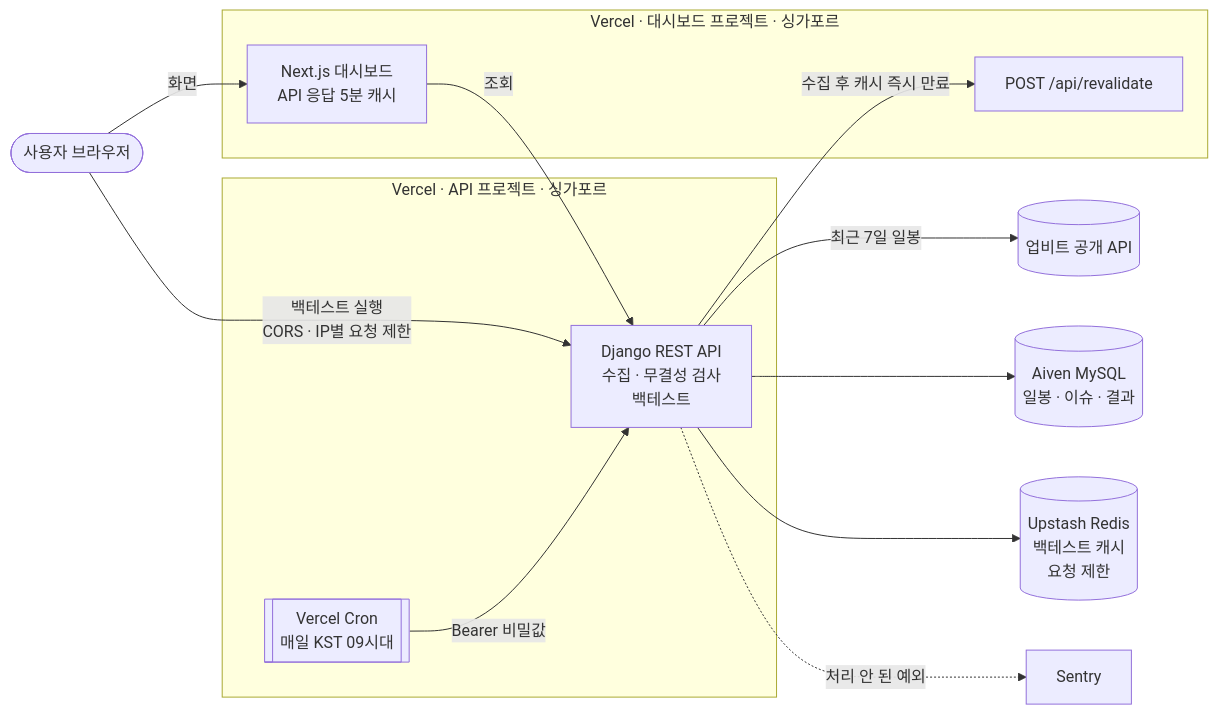
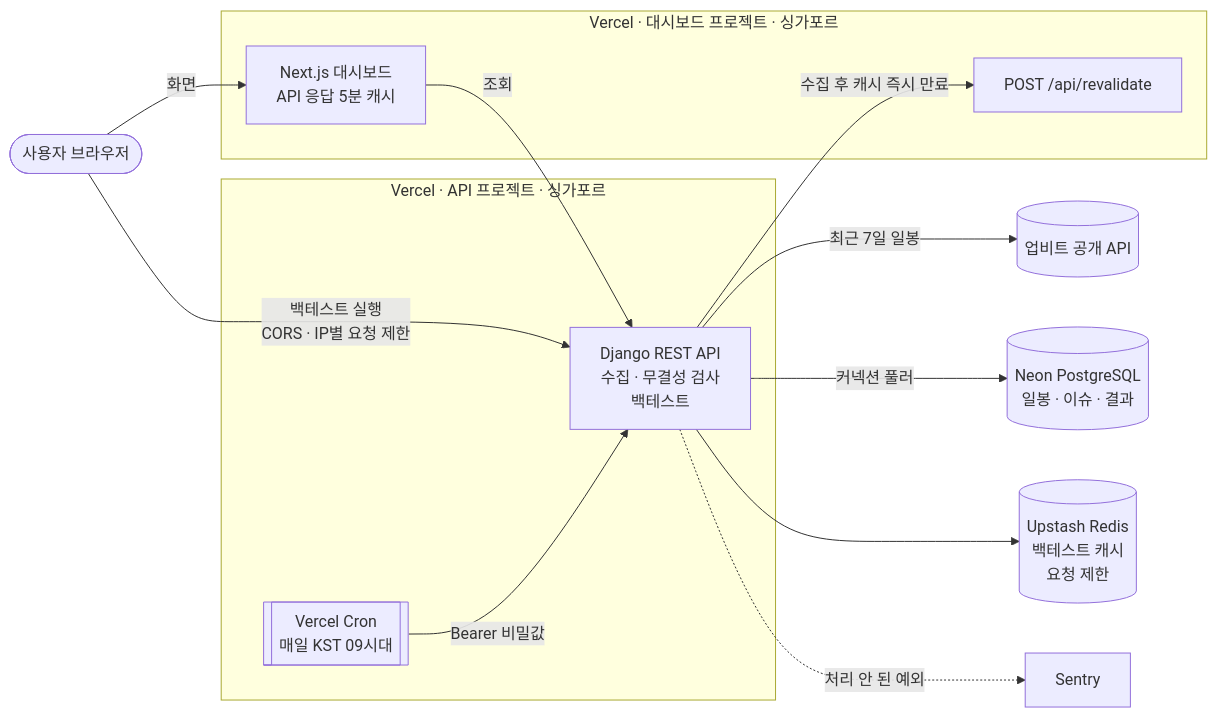
The diagram in README.md (oofy-sotry/crypto-quant-lab), drawn with Mermaid before and after one commit. The commit also changed other lines of this file, not shown here.

Commit message:
docs(readme): README.md 아키텍처 — 운영 DB를 Neon PostgreSQL(풀러 경유)로 반영

````diff
--- a/README.md
+++ b/README.md
@@ -29,29 +29,29 @@
 ```mermaid
 flowchart LR
     user([사용자 브라우저])
     upbit[(업비트 공개 API)]
 
     subgraph vercel_front [Vercel · 대시보드 프로젝트 · 싱가포르]
         next[Next.js 대시보드<br/>API 응답 5분 캐시]
         reval["POST /api/revalidate"]
     end
 
     subgraph vercel_back [Vercel · API 프로젝트 · 싱가포르]
         cron[[Vercel Cron<br/>매일 KST 09시대]]
         api[Django REST API<br/>수집 · 무결성 검사<br/>백테스트]
     end
 
-    mysql[(Aiven MySQL<br/>일봉 · 이슈 · 결과)]
+    db[(Neon PostgreSQL<br/>일봉 · 이슈 · 결과)]
     redis[(Upstash Redis<br/>백테스트 캐시<br/>요청 제한)]
     sentry[Sentry]
 
     user -- 화면 --> next
     next -- 조회 --> api
     user -- 백테스트 실행<br/>CORS · IP별 요청 제한 --> api
     cron -- Bearer 비밀값 --> api
     api -- 최근 7일 일봉 --> upbit
-    api --> mysql
+    api -- 커넥션 풀러 --> db
     api --> redis
     api -- 수집 후 캐시 즉시 만료 --> reval
     api -. 처리 안 된 예외 .-> sentry
 ```
````
